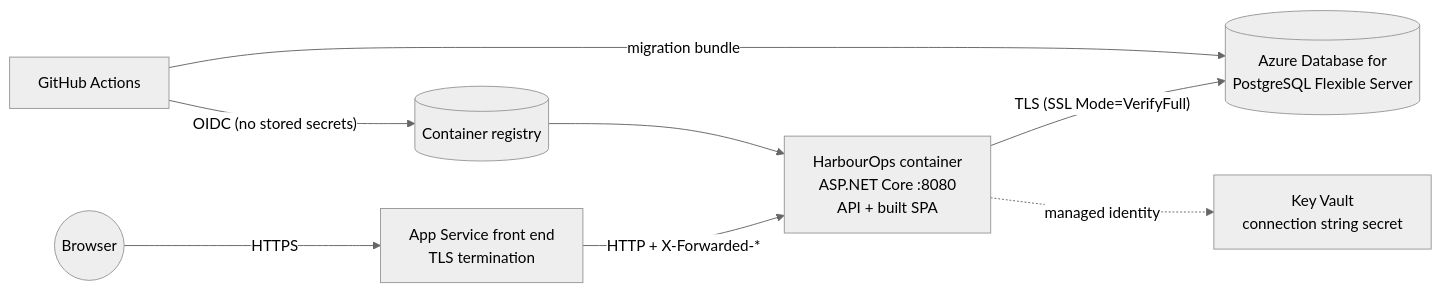
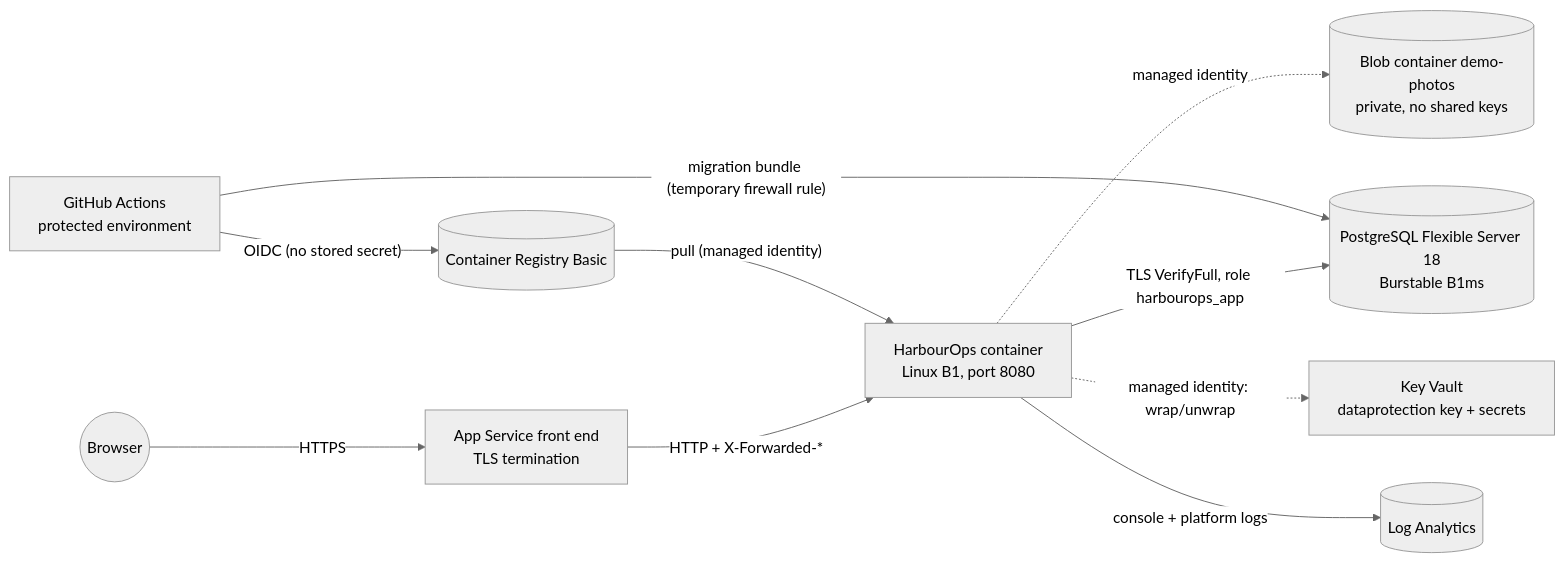
The diagram in docs/deployment.md (beaprogram/harbourops), drawn with Mermaid (neutral theme) before and after one commit. The commit also changed other lines of this file and 202 other files, not shown here.

First line of the commit message:
HarbourOps milestones 2-4 and release preparation (local checkpoint)

````diff
--- a/docs/deployment.md
+++ b/docs/deployment.md
@@ -7,10 +26,12 @@
 ```mermaid
 flowchart LR
-    User((Browser)) -- HTTPS --> FE[App Service front end<br/>TLS termination]
-    FE -- "HTTP + X-Forwarded-*" --> App[HarbourOps container<br/>ASP.NET Core :8080<br/>API + built SPA]
-    App -- "TLS (SSL Mode=VerifyFull)" --> PG[(Azure Database for<br/>PostgreSQL Flexible Server)]
-    App -. managed identity .-> KV[Key Vault<br/>connection string secret]
-    CI[GitHub Actions] -- "OIDC (no stored secrets)" --> ACR[(Container registry)]
-    CI -- migration bundle --> PG
-    ACR --> App
+    Visitor((Browser)) -- HTTPS --> FE[App Service front end<br/>TLS termination]
+    FE -- "HTTP + X-Forwarded-*" --> App[HarbourOps container<br/>Linux B1, port 8080]
+    App -- "TLS VerifyFull, role harbourops_app" --> PG[(PostgreSQL Flexible Server 18<br/>Burstable B1ms)]
+    App -. "managed identity" .-> Blob[(Blob container demo-photos<br/>private, no shared keys)]
+    App -. "managed identity: wrap/unwrap" .-> KV[Key Vault<br/>dataprotection key + secrets]
+    App -- console + platform logs --> LA[(Log Analytics)]
+    ACR[(Container Registry Basic)] -- "pull (managed identity)" --> App
+    GH[GitHub Actions<br/>protected environment] -- "OIDC (no stored secret)" --> ACR
+    GH -- "migration bundle (temporary firewall rule)" --> PG
 ```
````
